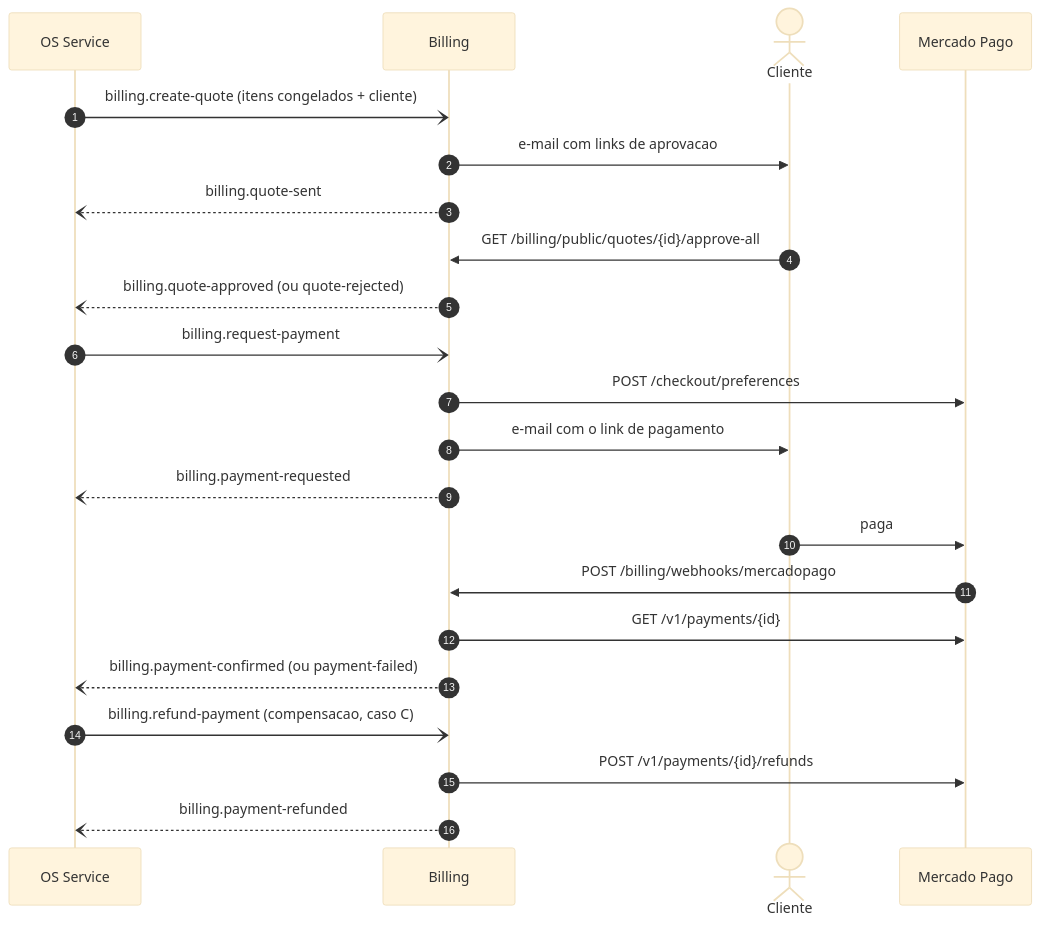
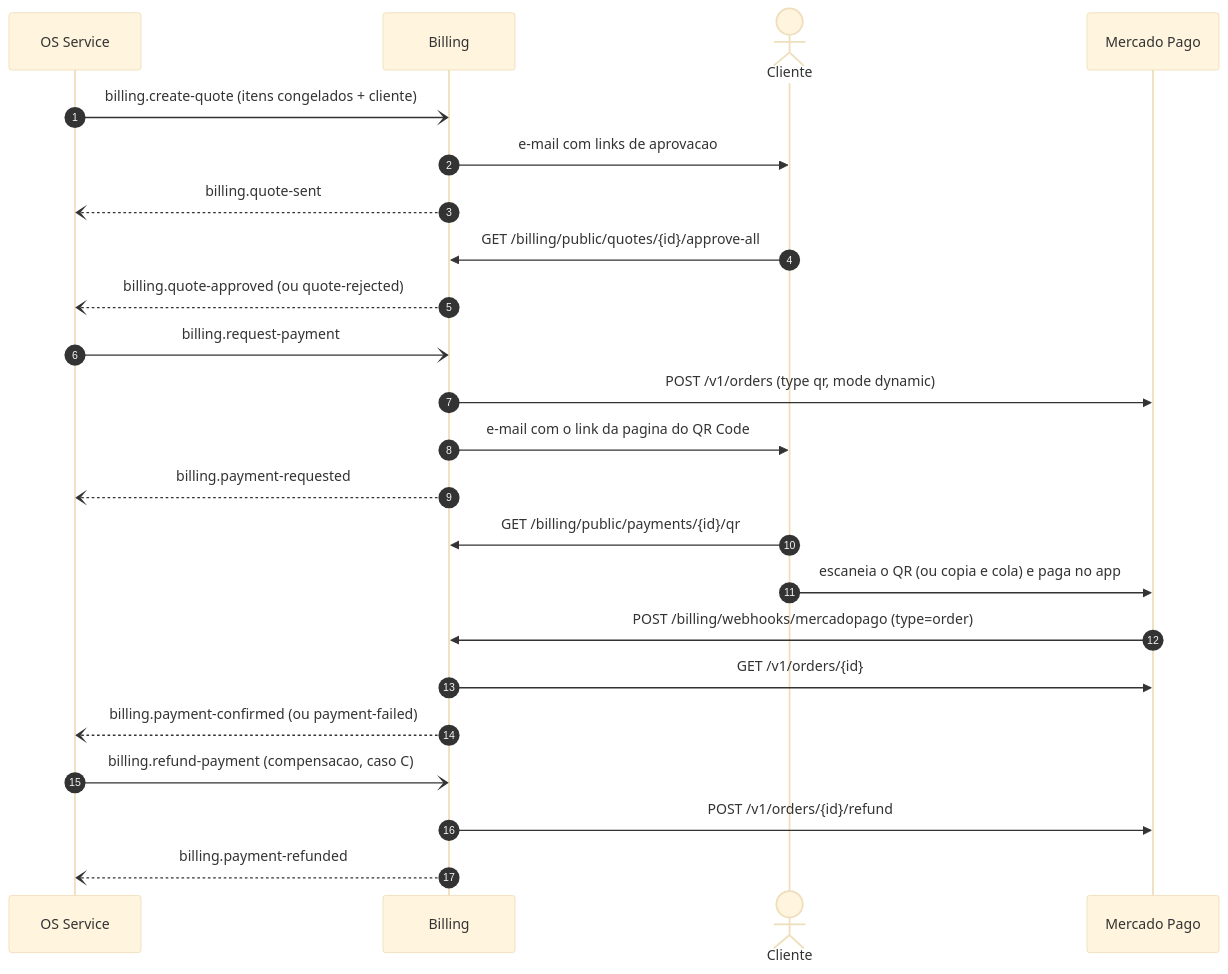
One commit to SOAT-15-Oficina/oficina-mecanica-billing-service changed the first of 2 diagrams in README.md. Above: the diagram before and after it, drawn with Mermaid (base theme). The commit also changed other lines of this file, not shown here.

Commit message:
Documenta o pagamento por QR Code, o mp-setup e o webhook de order

````diff
--- a/README.md
+++ b/README.md
@@ -27,25 +27,26 @@
 ```mermaid
 sequenceDiagram
     autonumber
     participant OS as OS Service
     participant BI as Billing
     actor CLI as Cliente
     participant MP as Mercado Pago
 
     OS-)BI: billing.create-quote (itens congelados + cliente)
     BI->>CLI: e-mail com links de aprovacao
     BI--)OS: billing.quote-sent
     CLI->>BI: GET /billing/public/quotes/{id}/approve-all
     BI--)OS: billing.quote-approved (ou quote-rejected)
     OS-)BI: billing.request-payment
-    BI->>MP: POST /checkout/preferences
-    BI->>CLI: e-mail com o link de pagamento
+    BI->>MP: POST /v1/orders (type qr, mode dynamic)
+    BI->>CLI: e-mail com o link da pagina do QR Code
     BI--)OS: billing.payment-requested
-    CLI->>MP: paga
-    MP->>BI: POST /billing/webhooks/mercadopago
-    BI->>MP: GET /v1/payments/{id}
+    CLI->>BI: GET /billing/public/payments/{id}/qr
+    CLI->>MP: escaneia o QR (ou copia e cola) e paga no app
+    MP->>BI: POST /billing/webhooks/mercadopago (type=order)
+    BI->>MP: GET /v1/orders/{id}
     BI--)OS: billing.payment-confirmed (ou payment-failed)
     OS-)BI: billing.refund-payment (compensacao, caso C)
-    BI->>MP: POST /v1/payments/{id}/refunds
+    BI->>MP: POST /v1/orders/{id}/refund
     BI--)OS: billing.payment-refunded
 ```
````
